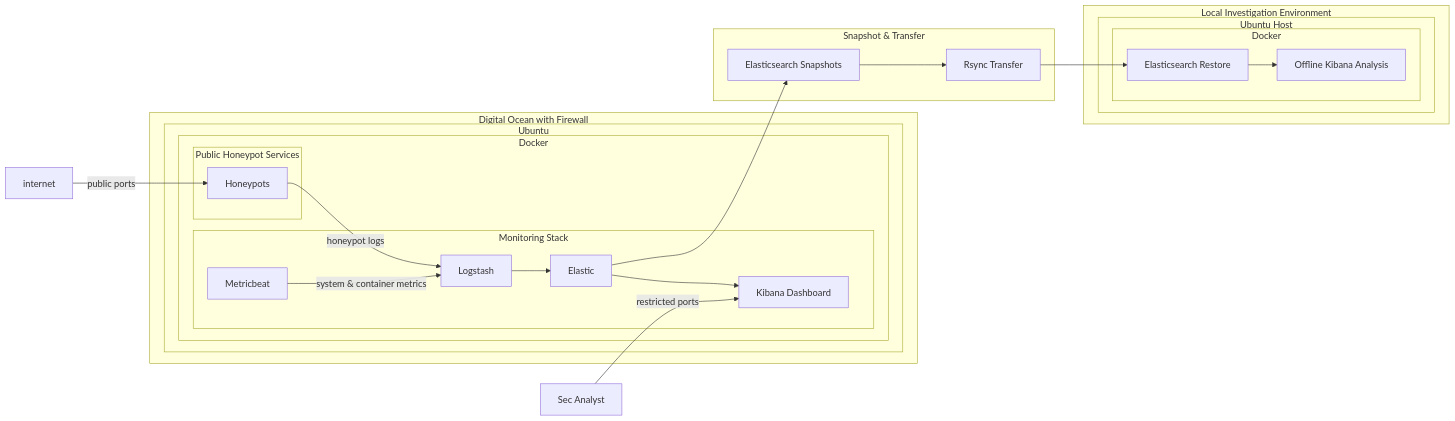
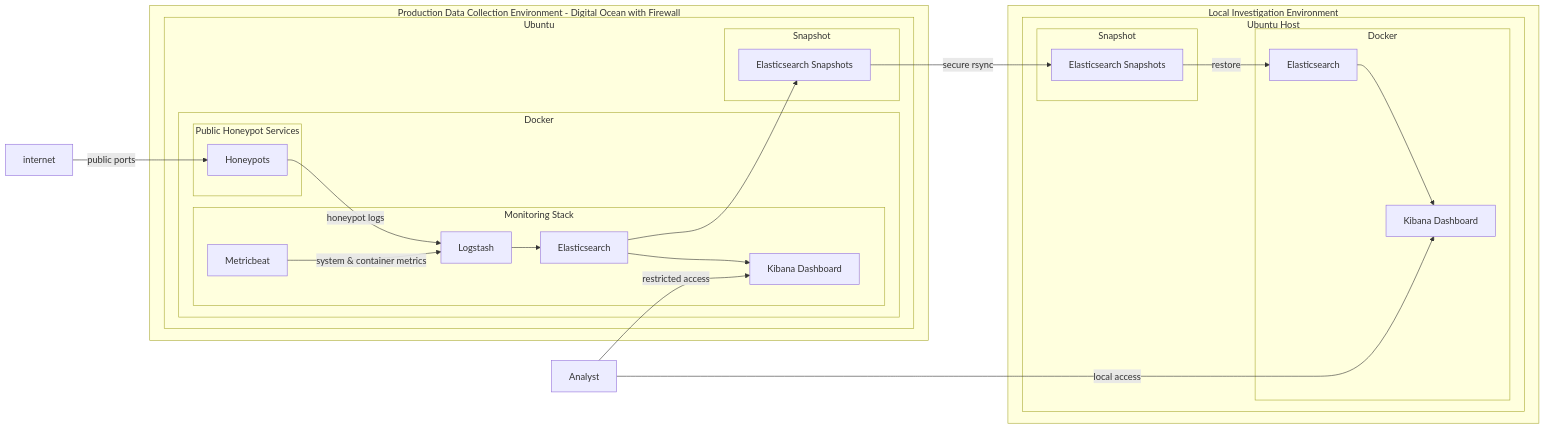
The diagram in README.md (damixen/honeypot-elk-siem-lab), drawn with Mermaid before and after one commit.

Commit message:
updated V2 diagram
Cleaned up the entry names and adding operations on arrows.

````diff
--- a/README.md
+++ b/README.md
@@ -21,45 +21,50 @@
 ```mermaid  
 flowchart LR
     subgraph internal-service["Monitoring Stack"]
         logstash["Logstash"]
-        elastic["Elastic"]
+        elastic["Elasticsearch"]
         kibana["Kibana Dashboard"]
         metricbeat["Metricbeat"]
     end
     subgraph external-service["Public Honeypot Services"]
         hpots["Honeypots"]
     end
     subgraph docker["Docker"]
         internal-service
         external-service
     end
     subgraph ubuntu["Ubuntu"]
         docker
+        backup
     end
-    subgraph Cloud["Digital Ocean with Firewall"]
+    subgraph Cloud["Production Data Collection Environment - Digital Ocean with Firewall"]
         ubuntu
     end
-     subgraph backup["Snapshot & Transfer"]
+    subgraph backup["Snapshot"]
         snapshot["Elasticsearch Snapshots"]
-        rsync["Rsync Transfer"]
-        snapshot --> rsync
+    end
+    subgraph backup_local["Snapshot"]
+        snapshot_local["Elasticsearch Snapshots"]
     end
     subgraph local["Local Investigation Environment"]
         subgraph ubuntu2["Ubuntu Host"]
+            backup_local
             subgraph docker2["Docker"]
-                elastic_local["Elasticsearch Restore"]
-                kibana_local["Offline Kibana Analysis"]
+                elastic_local["Elasticsearch"]
+                kibana_local["Kibana Dashboard"]
                 elastic_local --> kibana_local
             end
         end
     end
 
     internet -->|public ports| hpots
     hpots -->|honeypot logs| logstash
     metricbeat -->|system & container metrics| logstash
     logstash --> elastic
     elastic --> kibana
-    analyst["Sec Analyst"] --> |restricted ports|kibana
+    analyst["Analyst"] --> |restricted access|kibana
     elastic --> snapshot
-    rsync --> elastic_local
+    snapshot -->|secure rsync| snapshot_local
+    snapshot_local --> |restore| elastic_local
+    analyst --> |local access| kibana_local
 ```
````
